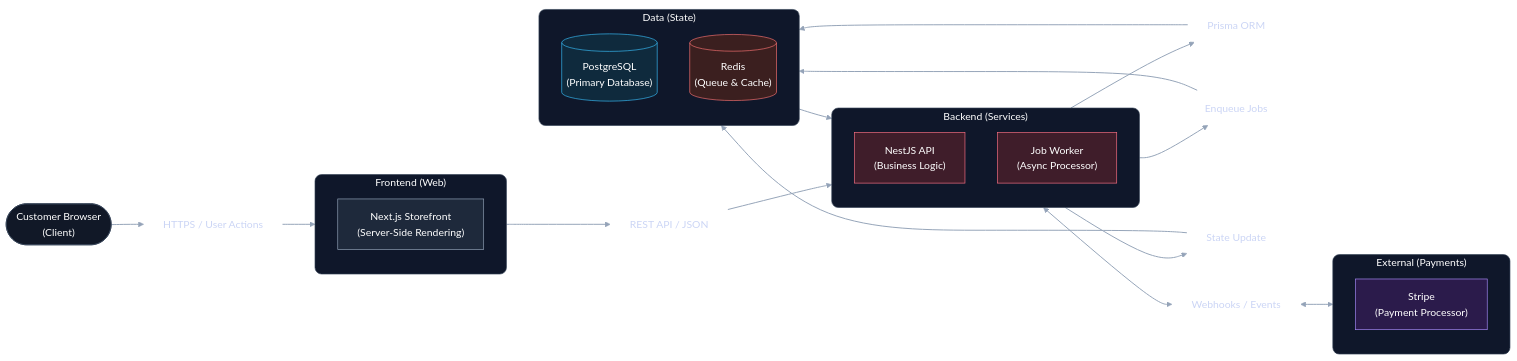
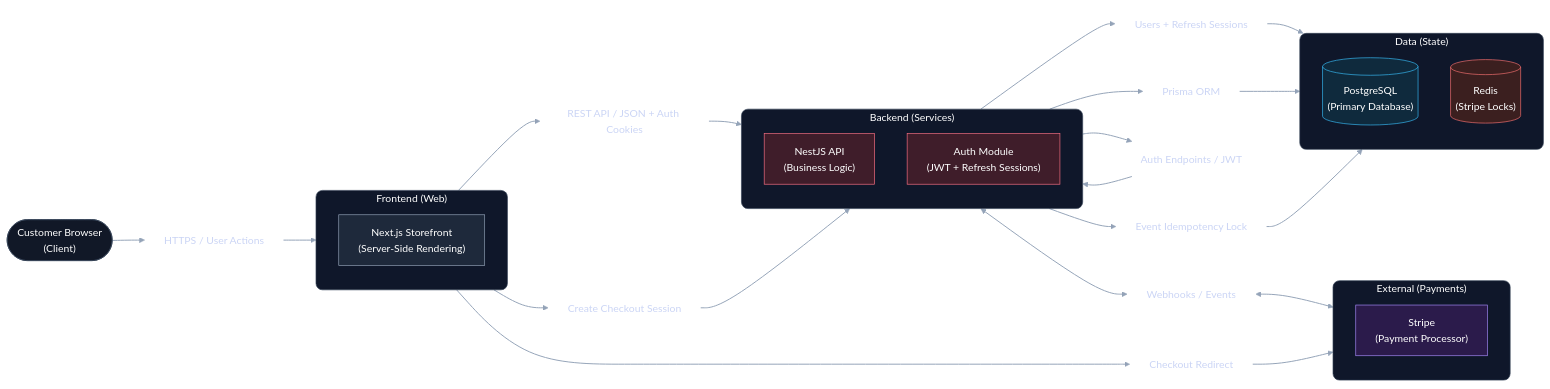
The diagram in README.md (hua0-richard/gpu-store), drawn with Mermaid before and after one commit.

```diff
--- a/README.md
+++ b/README.md
@@ -69,13 +69,13 @@
     subgraph Backend["Backend (Services)"]
         direction TB
         API["NestJS API<br/>(Business Logic)"]
-        Worker["Job Worker<br/>(Async Processor)"]
+        Auth["Auth Module<br/>(JWT + Refresh Sessions)"]
     end
 
     subgraph Data["Data (State)"]
         direction TB
         DB[("PostgreSQL<br/>(Primary Database)")]
-        Redis[("Redis<br/>(Queue & Cache)")]
+        Redis[("Redis<br/>(Stripe Locks)")]
     end
 
     subgraph External["External (Payments)"]
@@ -85,18 +85,24 @@
 
     %% Edge label nodes (text only)
     L_User_Web["HTTPS / User Actions"]
-    L_Web_API["REST API / JSON"]
+    L_Web_API["REST API / JSON + Auth Cookies"]
     L_API_DB["Prisma ORM"]
-    L_API_Redis["Enqueue Jobs"]
-    L_Worker_DB["State Update"]
+    L_API_Redis["Event Idempotency Lock"]
+    L_API_Auth["Auth Endpoints / JWT"]
+    L_Auth_DB["Users + Refresh Sessions"]
     L_API_Stripe["Webhooks / Events"]
+    L_Web_Stripe["Checkout Redirect"]
+    L_API_Checkout["Create Checkout Session"]
 
     %% Connections (label nodes inline)
     User --> L_User_Web --> Web
     Web --> L_Web_API --> API
+    Web --> L_API_Checkout --> API
+    API --> L_API_Auth --> Auth --> L_Auth_DB --> DB
     API --> L_API_DB --> DB
-    API --> L_API_Redis --> Redis --> Worker --> L_Worker_DB --> DB
+    API --> L_API_Redis --> Redis
     API <--> L_API_Stripe <--> Stripe
+    Web --> L_Web_Stripe --> Stripe
 
     %% Node styles
     classDef neutral fill:#111827,stroke:#334155,color:#ffffff;
@@ -112,12 +118,12 @@
     %% Apply styles
     class User neutral;
     class Web next;
-    class API,Worker nest;
+    class API,Auth nest;
     class DB postgres;
     class Redis redis;
     class Stripe stripe;
 
-    class L_User_Web,L_Web_API,L_API_DB,L_API_Redis,L_Worker_DB,L_API_Stripe edgeText;
+    class L_User_Web,L_Web_API,L_API_DB,L_API_Redis,L_API_Auth,L_Auth_DB,L_API_Stripe,L_Web_Stripe,L_API_Checkout edgeText;
 
     %% Subgraph styles
     style Frontend fill:#0f172a,stroke:#334155,color:#ffffff,stroke-width:1px,rx:10,ry:10
```
